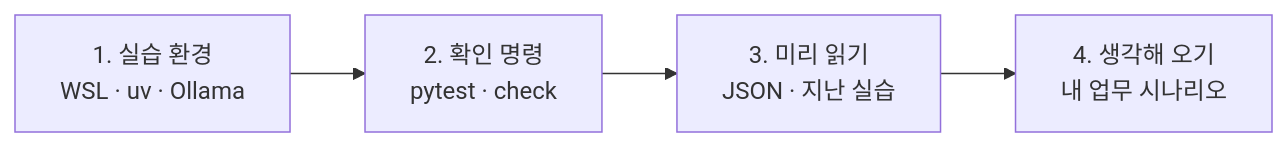
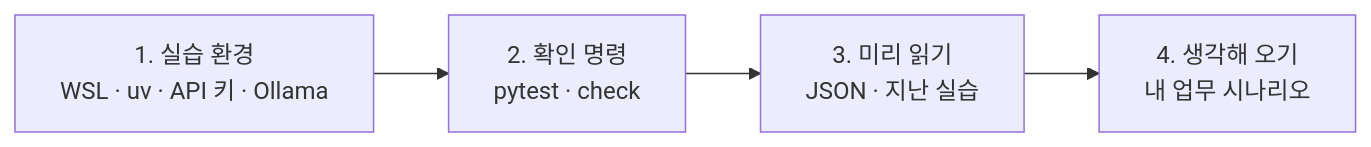
The diagram in Lecture/64/00-DAY64-PREP.md (haedeuncha/aio-01d4-stu), drawn with Mermaid before and after one commit. The commit also changed other lines of this file and 15 other files, not shown here.

Commit message:
D-2 수정 작업: OpenAI API 우선 없으면 Ollama 적용

````diff
--- a/Lecture/64/00-DAY64-PREP.md
+++ b/Lecture/64/00-DAY64-PREP.md
@@ -7,6 +7,6 @@
 ```mermaid
 flowchart LR
-  A["1. 실습 환경<br/>WSL · uv · Ollama"] --> B["2. 확인 명령<br/>pytest · check"]
+  A["1. 실습 환경<br/>WSL · uv · API 키 · Ollama"] --> B["2. 확인 명령<br/>pytest · check"]
   B --> C["3. 미리 읽기<br/>JSON · 지난 실습"]
   C --> D["4. 생각해 오기<br/>내 업무 시나리오"]
 ```
````
